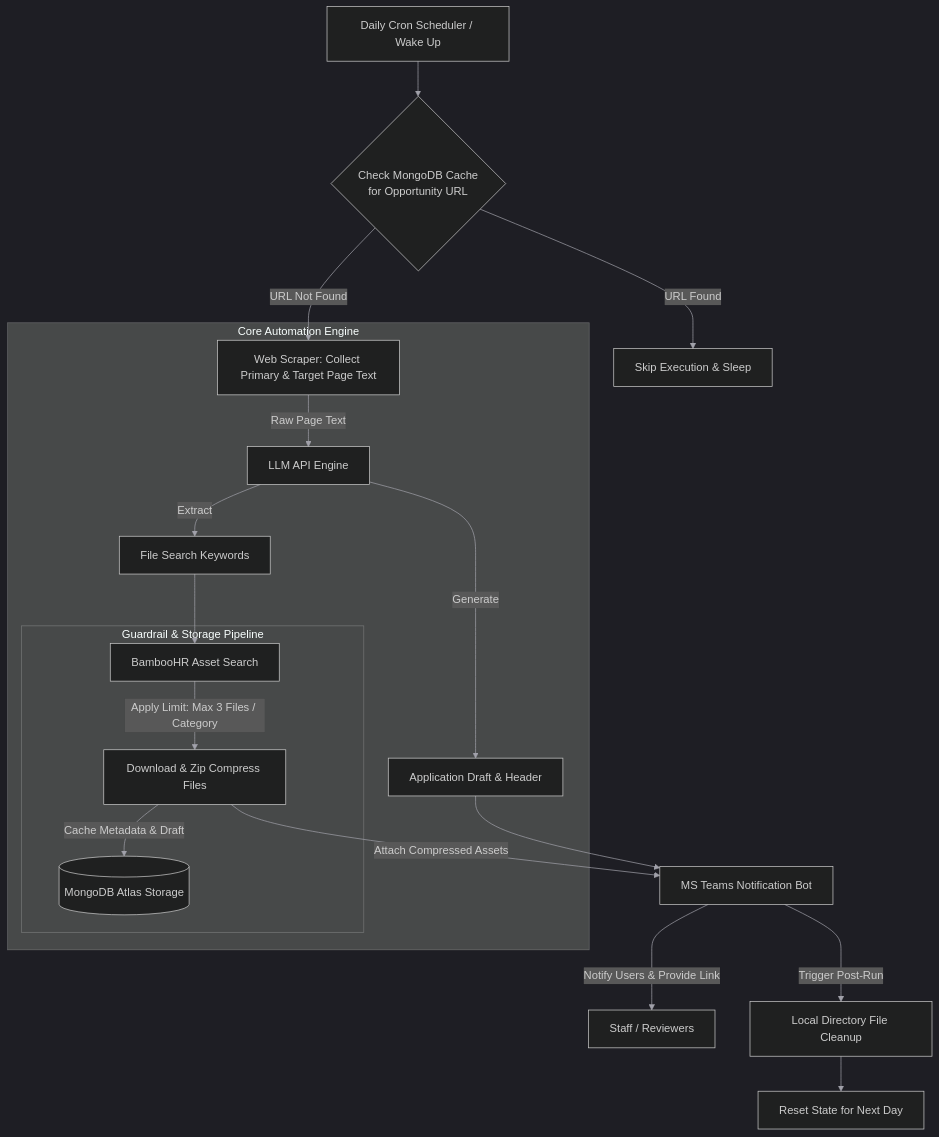
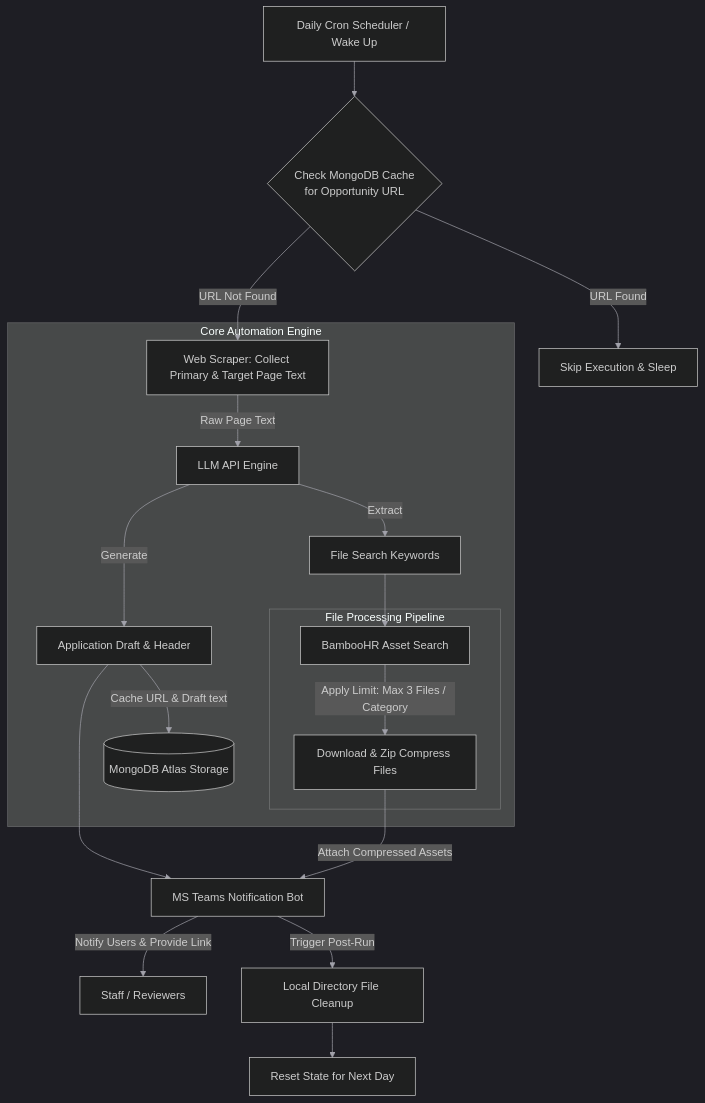
One commit to wevans02/Meta-Employment-Services-Internship changed the diagram in Agentic-AI-system/README.md. Above: the diagram before and after it, drawn with Mermaid.

Commit message:
Cleaned up the formatting
Architecture of the Agentic AI workflow

````diff
--- a/Agentic-AI-system/README.md
+++ b/Agentic-AI-system/README.md
@@ -7,32 +7,33 @@
 ```mermaid
 %%{init: { 'theme': 'dark', 'themeVariables': { 'lineColor': '#a1a1aa', 'labelColor': '#ffffff', 'primaryColor': '#1e293b', 'primaryTextColor': '#ffffff', 'actorLineColor': '#ffffff' }}}%%
 graph TD
     %% Trigger & Cache Lookup
     Start[Daily Cron Scheduler / Wake Up] --> CheckCache{Check MongoDB Cache<br/>for Opportunity URL}
     
     CheckCache -->|URL Found| EndCached[Skip Execution & Sleep]
     CheckCache -->|URL Not Found| Scraper[Web Scraper: Collect Primary & Target Page Text]
 
     %% Main Processing Subgraph
     subgraph Core Automation Engine
         Scraper -->|Raw Page Text| LLM[LLM API Engine]
         
         LLM -->|Generate| Draft[Application Draft & Header]
         LLM -->|Extract| Keywords[File Search Keywords]
+
+        Draft -->|Cache URL & Draft text| Mongo[(MongoDB Atlas Storage)]
         
         Keywords --> BambooSearch[BambooHR Asset Search]
         
-        subgraph Guardrail & Storage Pipeline
+        subgraph File Processing Pipeline
             BambooSearch -->|Apply Limit: Max 3 Files / Category| Downloader[Download & Zip Compress Files]
-        Downloader -->|Cache Metadata & Draft| Mongo[(MongoDB Atlas Storage)]
         end
     end
 
     %% Delivery & Cleanup
     Draft --> TeamsNotifier[MS Teams Notification Bot]
     Downloader -->|Attach Compressed Assets| TeamsNotifier
     
     TeamsNotifier -->|Notify Users & Provide Link| EndUser[Staff / Reviewers]
     TeamsNotifier -->|Trigger Post-Run| Cleanup[Local Directory File Cleanup]
     Cleanup --> Sleep[Reset State for Next Day]
 ```
````
